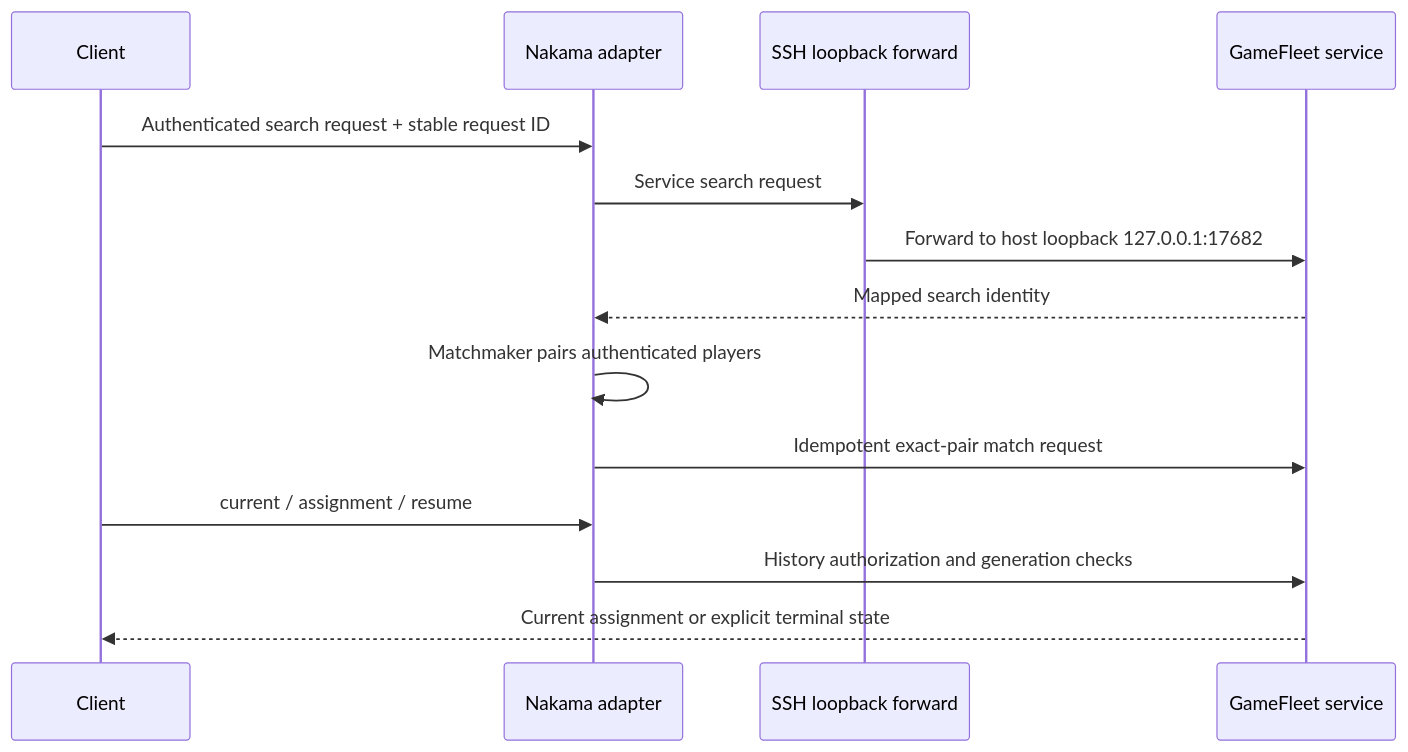
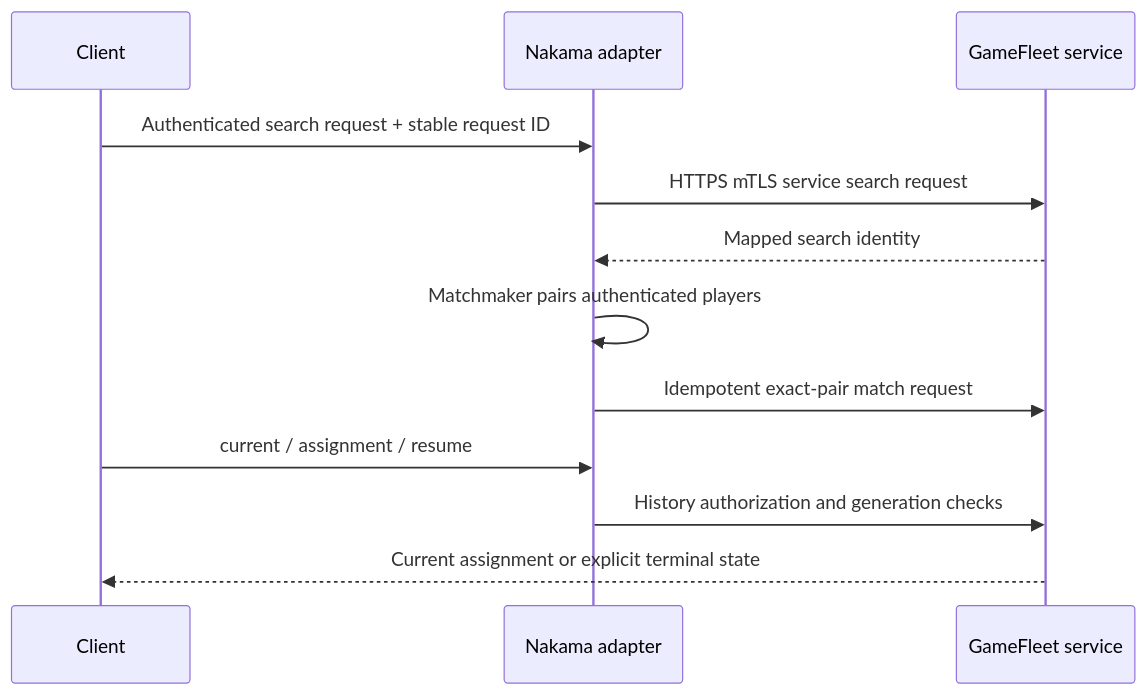
The second of 2 diagrams in docs/architecture.md (xuhuanhello/nakama-agones), drawn with Mermaid before and after one commit. The commit also changed other lines of this file and 38 other files, not shown here.

````diff
--- a/docs/architecture.md
+++ b/docs/architecture.md
@@ -35,16 +47,14 @@
 ```mermaid
 sequenceDiagram
     participant C as Client
     participant N as Nakama adapter
-    participant S as SSH loopback forward
     participant G as GameFleet service
     C->>N: Authenticated search request + stable request ID
-    N->>S: Service search request
-    S->>G: Forward to host loopback 127.0.0.1:17682
+    N->>G: HTTPS mTLS service search request
     G-->>N: Mapped search identity
     N->>N: Matchmaker pairs authenticated players
     N->>G: Idempotent exact-pair match request
     C->>N: current / assignment / resume
     N->>G: History authorization and generation checks
     G-->>C: Current assignment or explicit terminal state
 ```
````
